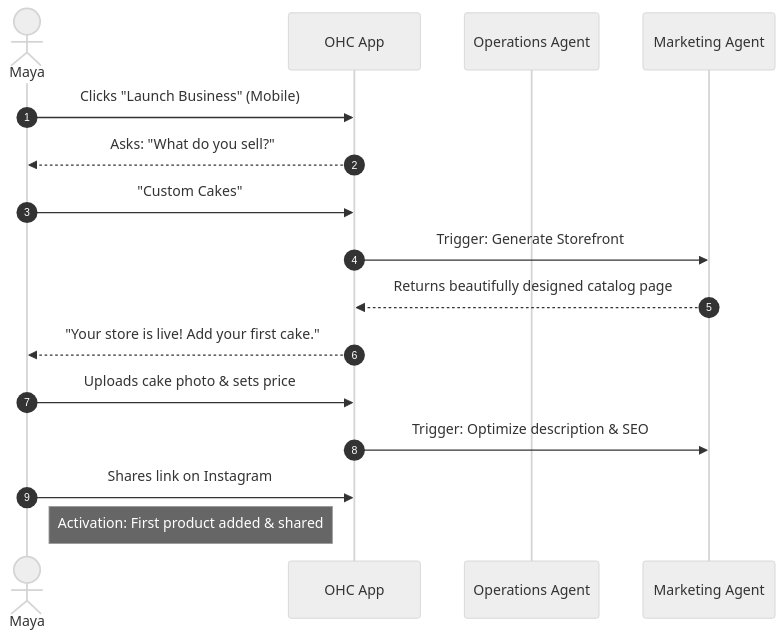
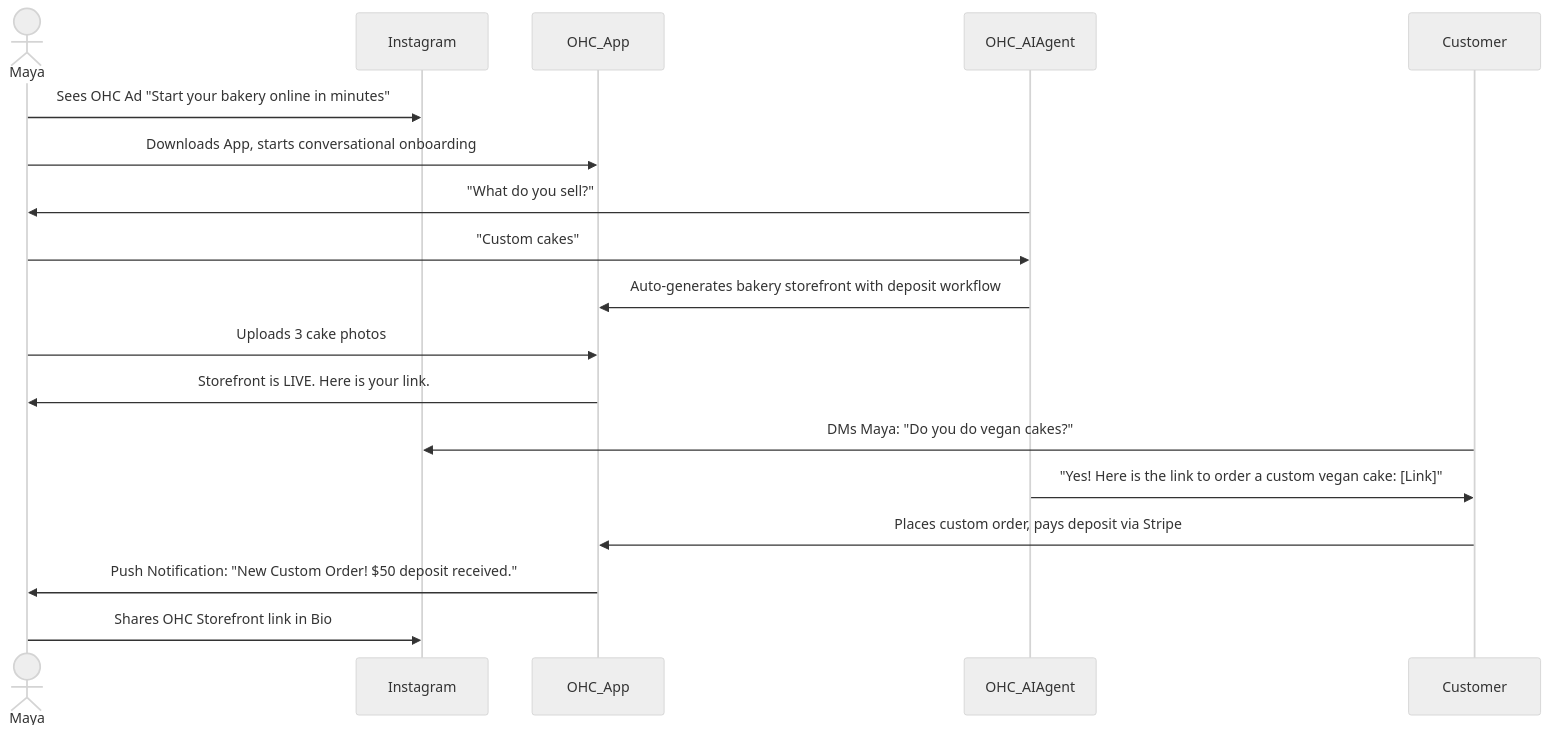
The first of 5 diagrams in docs/research/[architecture]_business_journey.md (omnisolo-llc/onehumancorp), drawn with Mermaid (neutral theme) before and after one commit. The commit also changed other lines of this file, not shown here.

First line of the commit message:
docs: create Business Journey Architecture research report

````diff
--- a/docs/research/[architecture]_business_journey.md
+++ b/docs/research/[architecture]_business_journey.md
@@ -53,19 +61,28 @@
 ```mermaid
 sequenceDiagram
-    autonumber
-    actor Maya as Maya
-    participant App as OHC App
-    participant Ops as Operations Agent
-    participant Mkt as Marketing Agent
+    actor Maya
+    participant Instagram
+    participant OHC_App
+    participant OHC_AIAgent
+    participant Customer
 
-    Maya->>App: Clicks "Launch Business" (Mobile)
-    App-->>Maya: Asks: "What do you sell?"
-    Maya->>App: "Custom Cakes"
-    App->>Mkt: Trigger: Generate Storefront
-    Mkt-->>App: Returns beautifully designed catalog page
-    App-->>Maya: "Your store is live! Add your first cake."
-    Maya->>App: Uploads cake photo & sets price
-    App->>Mkt: Trigger: Optimize description & SEO
-    Maya->>App: Shares link on Instagram
-    note right of Maya: Activation: First product added & shared
+    %% Acquisition & Onboarding
+    Maya->>Instagram: Sees OHC Ad "Start your bakery online in minutes"
+    Maya->>OHC_App: Downloads App, starts conversational onboarding
+    OHC_AIAgent->>Maya: "What do you sell?"
+    Maya->>OHC_AIAgent: "Custom cakes"
+    OHC_AIAgent->>OHC_App: Auto-generates bakery storefront with deposit workflow
+
+    %% Activation
+    Maya->>OHC_App: Uploads 3 cake photos
+    OHC_App->>Maya: Storefront is LIVE. Here is your link.
+
+    %% Retention & Execution
+    Customer->>Instagram: DMs Maya: "Do you do vegan cakes?"
+    OHC_AIAgent->>Customer: "Yes! Here is the link to order a custom vegan cake: [Link]"
+    Customer->>OHC_App: Places custom order, pays deposit via Stripe
+    OHC_App->>Maya: Push Notification: "New Custom Order! $50 deposit received."
+
+    %% Referral/Growth
+    Maya->>Instagram: Shares OHC Storefront link in Bio
 ```
````
